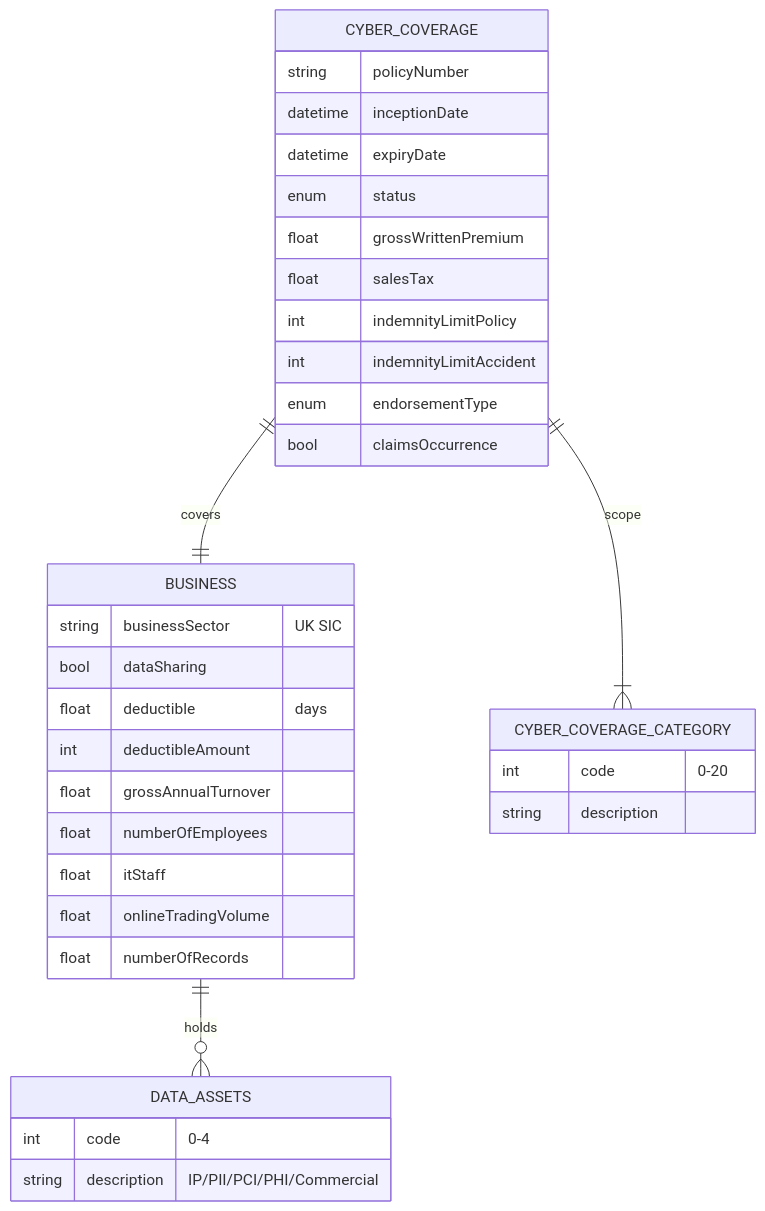
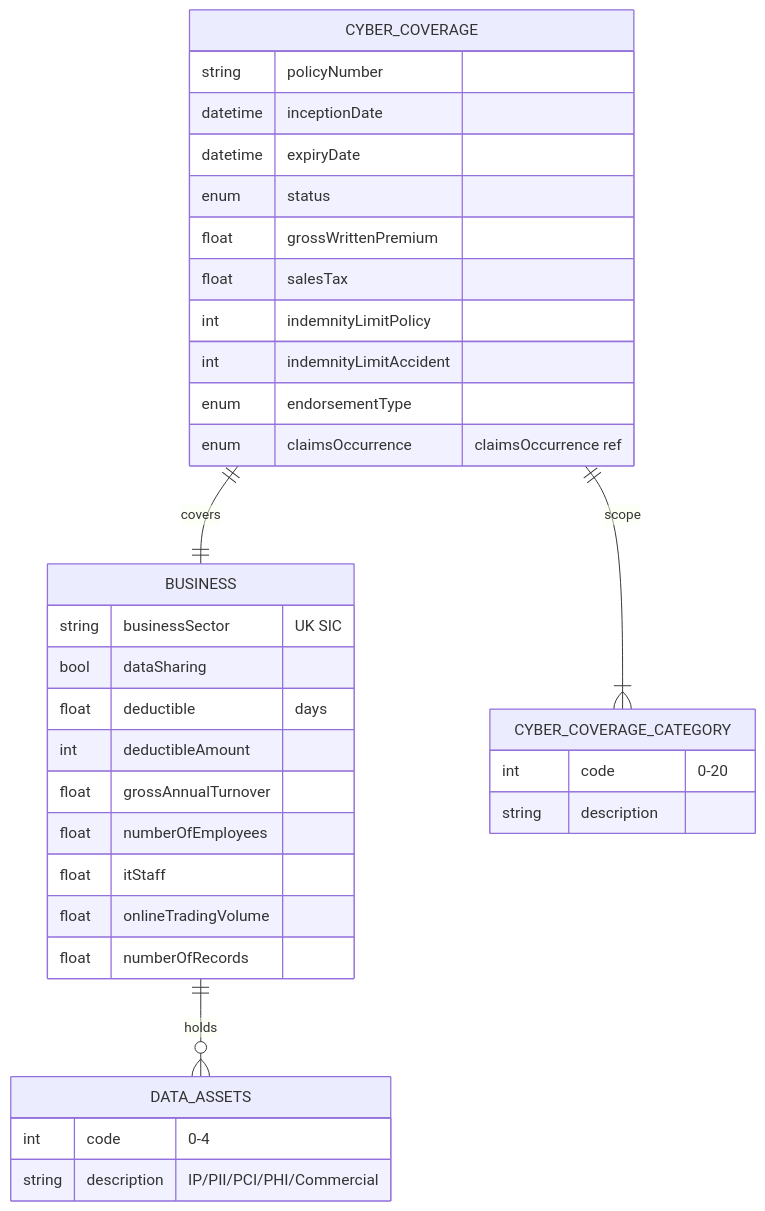
One commit to trisilva/opin changed the diagram in 07-cyber-liability/data-model.md. Above: the diagram before and after it, drawn with Mermaid. The commit also changed other lines of this file and 44 other files, not shown here.

````diff
--- a/07-cyber-liability/data-model.md
+++ b/07-cyber-liability/data-model.md
@@ -9,38 +13,38 @@
 ```mermaid
 erDiagram
     CYBER_COVERAGE {
         string policyNumber
         datetime inceptionDate
         datetime expiryDate
         enum status
         float grossWrittenPremium
         float salesTax
         int indemnityLimitPolicy
         int indemnityLimitAccident
         enum endorsementType
-        bool claimsOccurrence
+        enum claimsOccurrence "claimsOccurrence ref"
     }
     BUSINESS {
         string businessSector "UK SIC"
         bool dataSharing
         float deductible "days"
         int deductibleAmount
         float grossAnnualTurnover
         float numberOfEmployees
         float itStaff
         float onlineTradingVolume
         float numberOfRecords
     }
     DATA_ASSETS {
         int code "0-4"
         string description "IP/PII/PCI/PHI/Commercial"
     }
     CYBER_COVERAGE_CATEGORY {
         int code "0-20"
         string description
     }
 
     CYBER_COVERAGE ||--|| BUSINESS : "covers"
     BUSINESS ||--o{ DATA_ASSETS : "holds"
     CYBER_COVERAGE ||--|{ CYBER_COVERAGE_CATEGORY : "scope"
 ```
````
